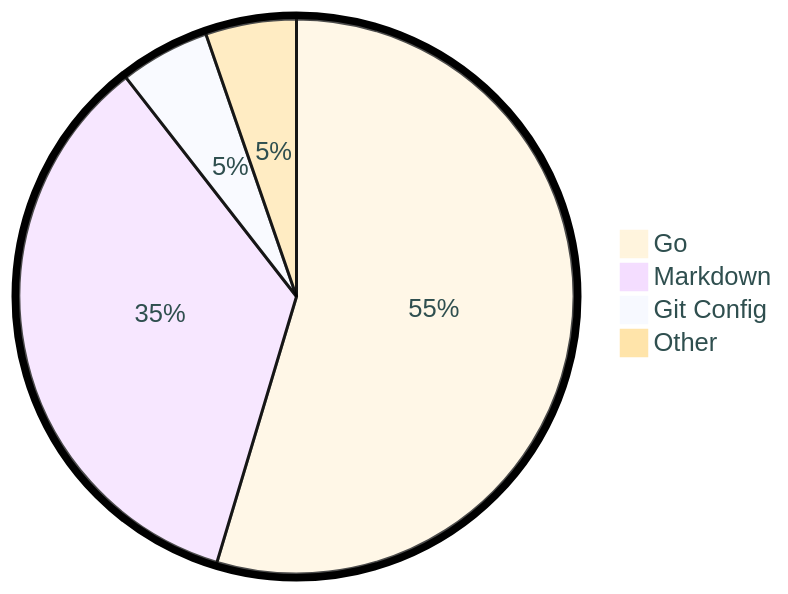
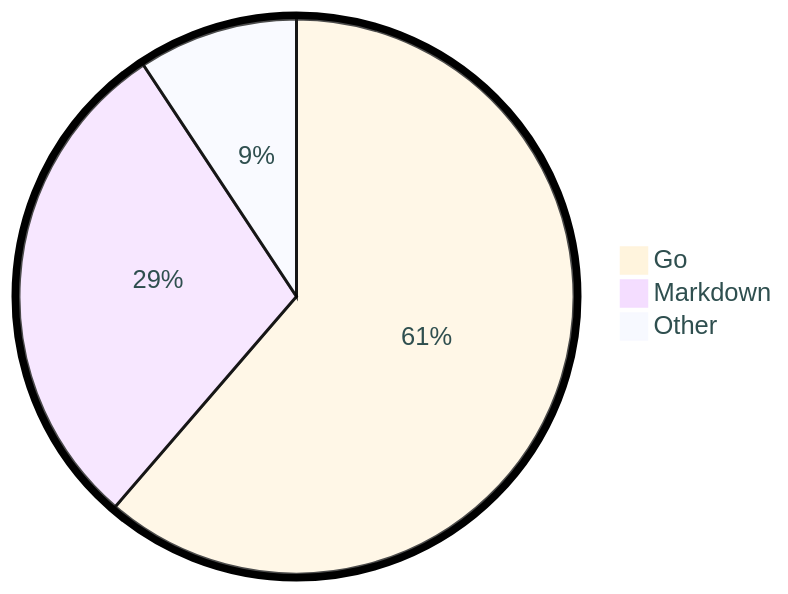
One commit to tot0p/tot0p changed the diagram in README.md. Above: the diagram before and after it, drawn with Mermaid. The commit also changed other lines of this file, not shown here.

````diff
--- a/README.md
+++ b/README.md
@@ -123,8 +123,7 @@
 ```mermaid
 %%{init: {"pie": {"textPosition": 0.5}, "themeVariables": {"pieOuterStrokeWidth": "5px","primaryTextColor" : "#2F4F4F"},"theme":"base"} }%%
 pie
-	"Go": 54.63
-	"Markdown": 34.84
-	"Git Config": 5.24
-	"Other": 5.29
+	"Go": 61.33
+	"Markdown": 29.38
+	"Other": 9.3
 ```
````
